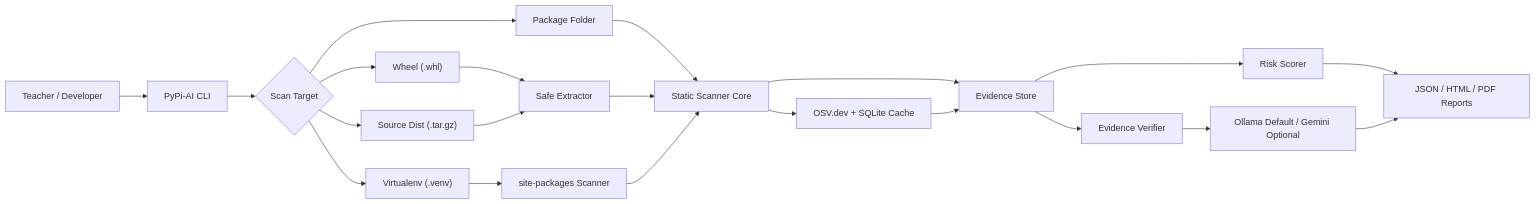
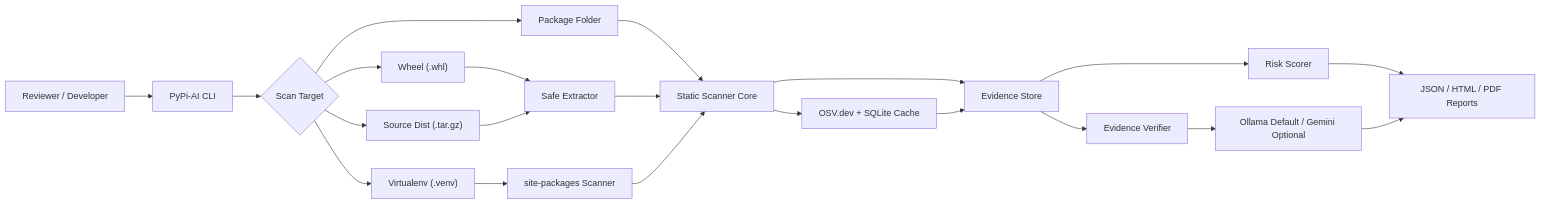
One commit to Vasanthadithya-mundrathi/PyPI-AI changed the first of 5 diagrams in docs/DEFENSE_GUIDE.md. Above: the diagram before and after it, drawn with Mermaid. The commit also changed other lines of this file and 21 other files, not shown here.

````diff
--- a/docs/DEFENSE_GUIDE.md
+++ b/docs/DEFENSE_GUIDE.md
@@ -25,23 +25,23 @@
 ```mermaid
 flowchart LR
-    User["Teacher / Developer"] --> CLI["PyPi-AI CLI"]
+    User["Reviewer / Developer"] --> CLI["PyPi-AI CLI"]
     CLI --> Target{"Scan Target"}
     Target --> Folder["Package Folder"]
     Target --> Wheel["Wheel (.whl)"]
     Target --> Sdist["Source Dist (.tar.gz)"]
     Target --> Venv["Virtualenv (.venv)"]
     Folder --> Scanner["Static Scanner Core"]
     Wheel --> Extractor["Safe Extractor"]
     Sdist --> Extractor
     Venv --> VenvScanner["site-packages Scanner"]
     Extractor --> Scanner
     VenvScanner --> Scanner
     Scanner --> Evidence["Evidence Store"]
     Scanner --> OSV["OSV.dev + SQLite Cache"]
     OSV --> Evidence
     Evidence --> Risk["Risk Scorer"]
     Evidence --> Verifier["Evidence Verifier"]
     Verifier --> AI["Ollama Default / Gemini Optional"]
     Risk --> Reports["JSON / HTML / PDF Reports"]
     AI --> Reports
 ```
````
